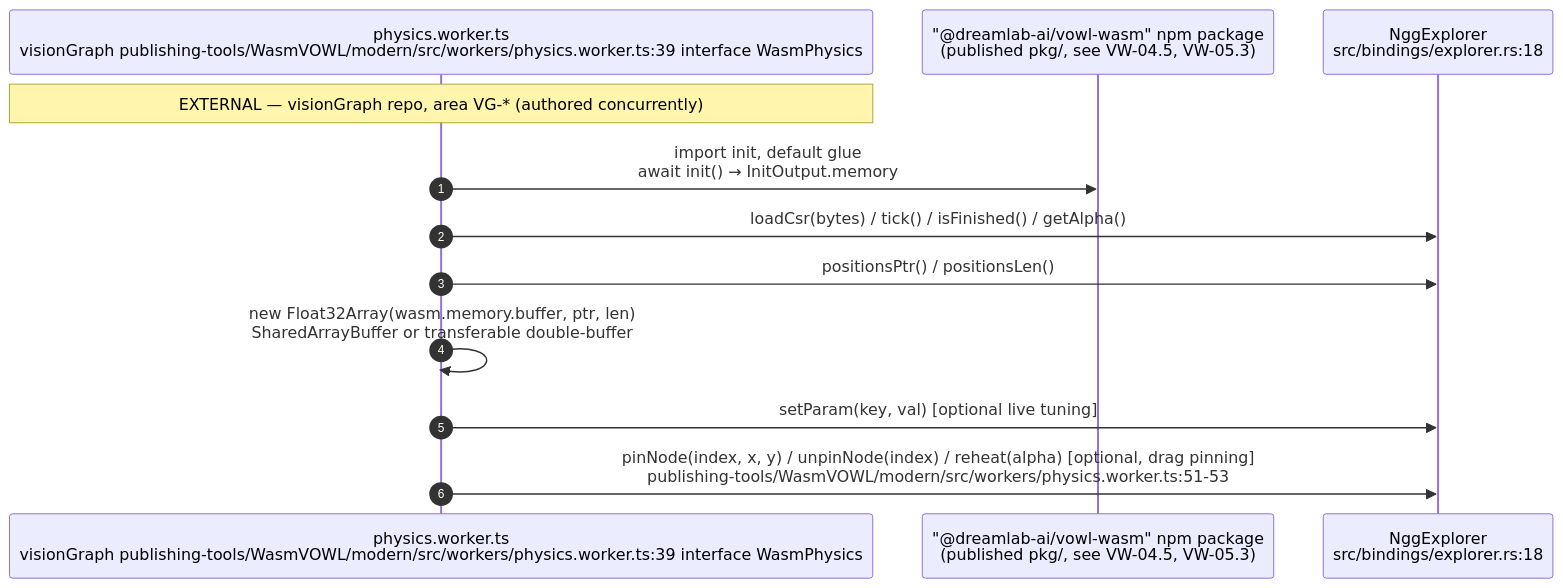
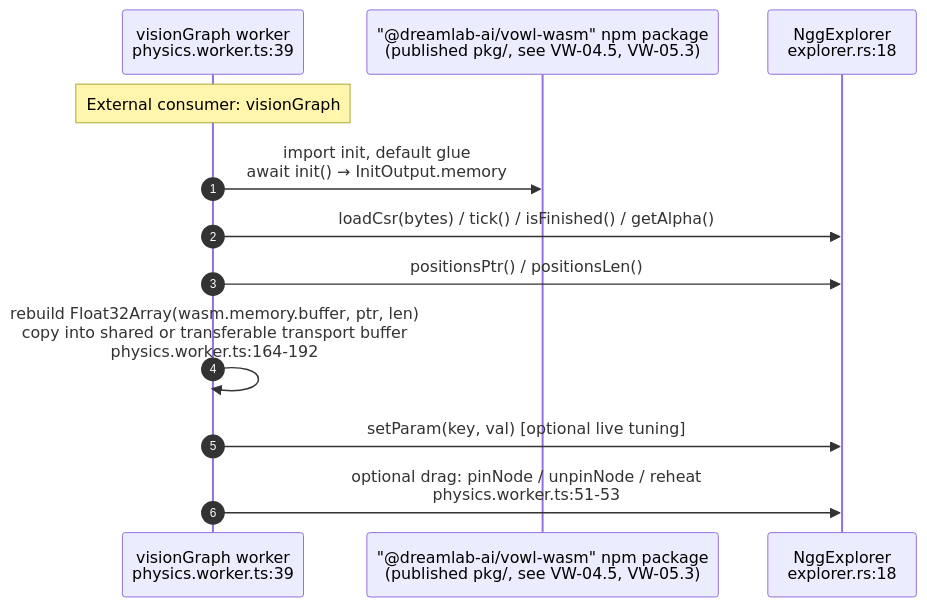
Before and after one commit to DreamLab-AI/VisionFlow: the fifth of 7 diagrams in docs/diagrams/vowl-wasm/04-js-api-examples-and-consumers.md, drawn with Mermaid. The commit also changed other lines of this file and 27 other files, not shown here.

Commit message:
docs: audit vowl layout and consumer API boundaries

````diff
--- a/docs/diagrams/vowl-wasm/04-js-api-examples-and-consumers.md
+++ b/docs/diagrams/vowl-wasm/04-js-api-examples-and-consumers.md
@@ -98,14 +91,14 @@
 ```mermaid
 sequenceDiagram
     autonumber
-    participant W as physics.worker.ts<br/>visionGraph publishing-tools/WasmVOWL/modern/src/workers/physics.worker.ts:39 interface WasmPhysics
+    participant W as visionGraph worker<br/>physics.worker.ts:39
     participant PKG as "@dreamlab-ai/vowl-wasm" npm package<br/>(published pkg/, see VW-04.5, VW-05.3)
-    participant WA as NggExplorer<br/>src/bindings/explorer.rs:18
-    Note over W: EXTERNAL — visionGraph repo, area VG-* (authored concurrently)
+    participant WA as NggExplorer<br/>explorer.rs:18
+    Note over W: External consumer: visionGraph
     W->>PKG: import init, default glue<br/>await init() → InitOutput.memory
     W->>WA: loadCsr(bytes) / tick() / isFinished() / getAlpha()
     W->>WA: positionsPtr() / positionsLen()
-    W->>W: new Float32Array(wasm.memory.buffer, ptr, len)<br/>SharedArrayBuffer or transferable double-buffer
+    W->>W: rebuild Float32Array(wasm.memory.buffer, ptr, len)<br/>copy into shared or transferable transport buffer<br/>physics.worker.ts:164-192
     W->>WA: setParam(key, val) [optional live tuning]
-    W->>WA: pinNode(index, x, y) / unpinNode(index) / reheat(alpha) [optional, drag pinning]<br/>publishing-tools/WasmVOWL/modern/src/workers/physics.worker.ts:51-53
+    W->>WA: optional drag: pinNode / unpinNode / reheat<br/>physics.worker.ts:51-53
 ```
````
